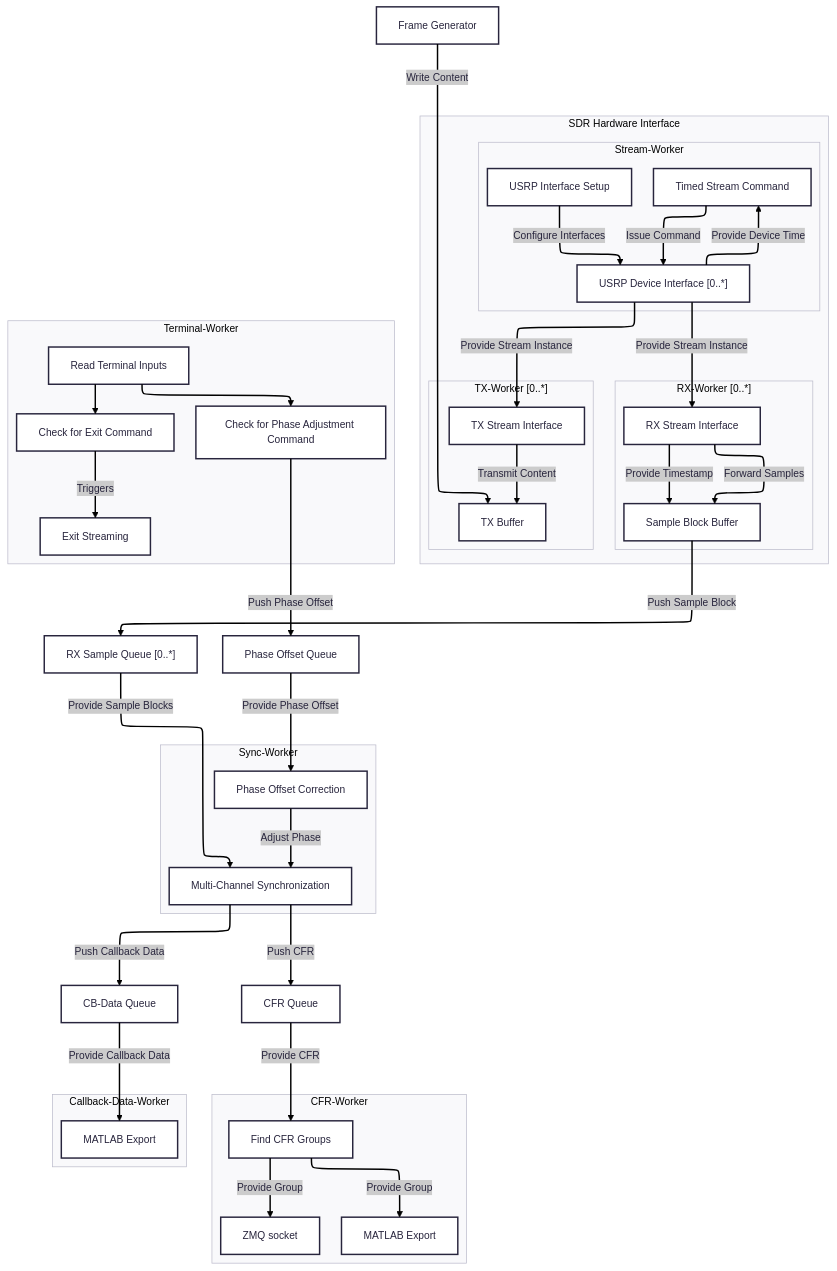
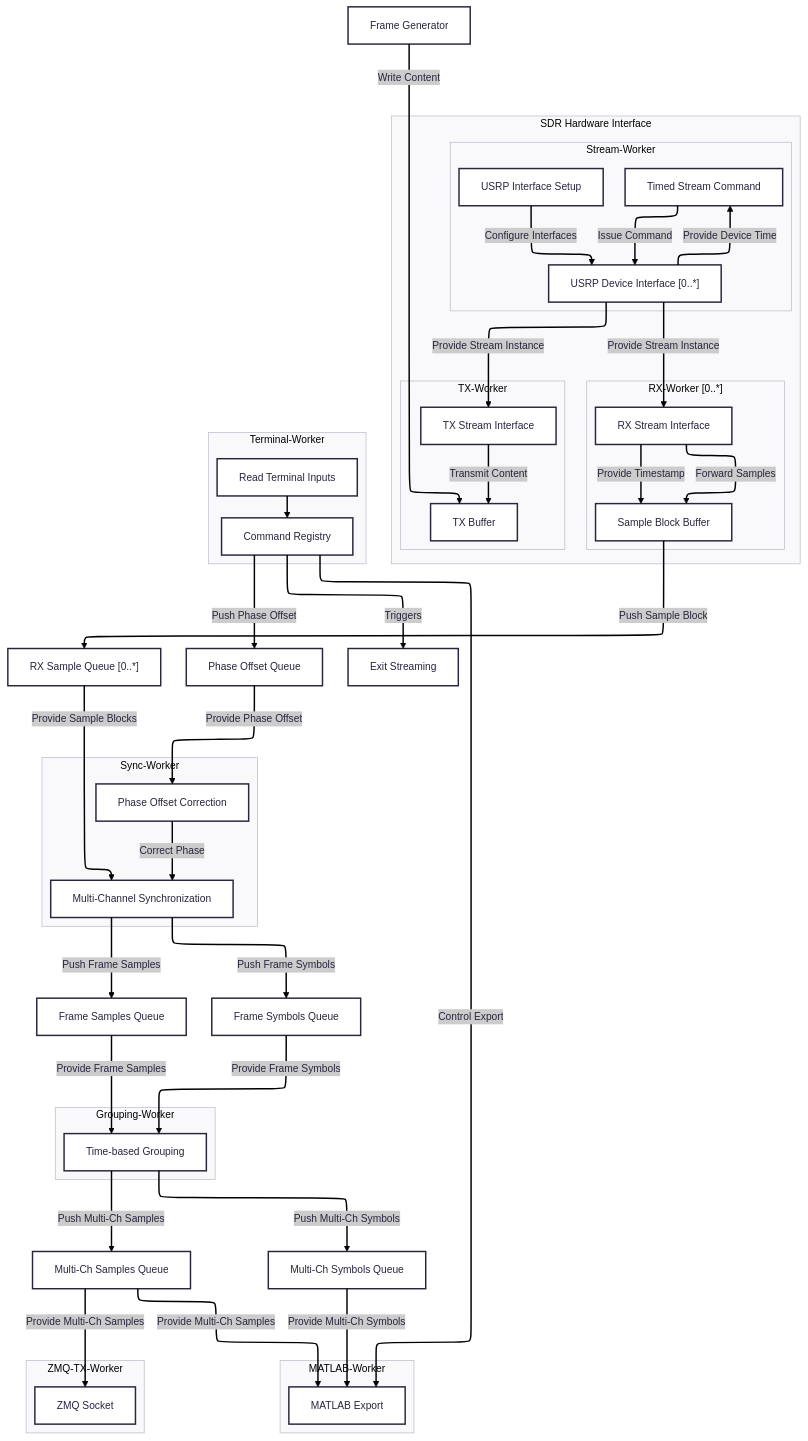
One commit to F-L-X-S/doa4rfc changed the first of 2 diagrams in README.md. Above: the diagram before and after it, drawn with Mermaid. The commit also changed other lines of this file, not shown here.

````diff
--- a/README.md
+++ b/README.md
@@ -29,64 +40,68 @@
 ```mermaid
 ---
 config:
   look: classic
   layout: elk
   theme: redux
 ---
 flowchart TD
 FrameGen["Frame Generator"]
 subgraph HardwareInterface["SDR Hardware Interface"]
  subgraph T_StreamWorker["Stream-Worker"]
         UsrpDevices["USRP Device Interface [0..*]"]
         UsrpConf["USRP Interface Setup"]
         StreamConf["Timed Stream Command"]
   end
  subgraph T_RxWorker["RX-Worker [0..*]"]
         RxStream["RX Stream Interface"]
         SampleBlock["Sample Block Buffer"]
   end
- subgraph T_TxWorker["TX-Worker [0..*]"]
+ subgraph T_TxWorker["TX-Worker"]
         TxStream["TX Stream Interface"]
         TxBuffer["TX Buffer"]
   end
 end
  subgraph T_SyncWorker["Sync-Worker"]
         MultiSync["Multi-Channel Synchronization"]
         PhiErrorCorrection["Phase Offset Correction"]
   end
- subgraph T_CfrWorker["CFR-Worker"]
-        ZmqSocket["ZMQ socket"]
-        MatlabCfrExport["MATLAB Export"]
-        FindGroups["Find CFR Groups"]
+ subgraph T_GroupingWorker["Grouping-Worker"]
+        FindGroups["Time-based Grouping"]
   end
- subgraph T_CbDataWorker["Callback-Data-Worker"]
-        MatlabCbExport["MATLAB Export"]
+ subgraph T_MatlabWorker["MATLAB-Worker"]
+        MatlabExport["MATLAB Export"]
+  end
+ subgraph T_ZmqTxWorker["ZMQ-TX-Worker"]
+        ZmqSocket["ZMQ Socket"]
   end
  subgraph T_TerminalWorker["Terminal-Worker"]
-        CheckForPhaseCmd["Check for Phase Adjustment Command"]
-        CheckForExitCmd["Check for Exit Command"]
-        Exit["Exit Streaming"]
         ReadInput["Read Terminal Inputs"]
+        CommandRegistry["Command Registry"]
   end
     UsrpConf -- Configure Interfaces ---> UsrpDevices
     UsrpDevices -- Provide Device Time --> StreamConf
     StreamConf -- Issue Command  --> UsrpDevices
     UsrpDevices -- Provide Stream Instance ---> RxStream & TxStream
     RxStream -- Forward Samples --> SampleBlock
     RxStream -- Provide Timestamp --> SampleBlock
     SampleBlock -- Push Sample Block --> RxSampleQueue["RX Sample Queue [0..*]"]
-    CheckForPhaseCmd -- Push Phase Offset ---> PhiErrorQueue["Phase Offset Queue"]
-    PhiErrorQueue -- Provide Phase Offset ---> PhiErrorCorrection
-    PhiErrorCorrection -- Adjust Phase ---> MultiSync
     RxSampleQueue -- Provide Sample Blocks ---> MultiSync
+    PhiErrorCorrection -- Correct Phase ---> MultiSync
+    MultiSync -- Push Frame Samples ---> FrameSampsQueue["Frame Samples Queue"]
+    MultiSync -- Push Frame Symbols ---> FrameSymsQueue["Frame Symbols Queue"]
+    FrameSampsQueue -- Provide Frame Samples ---> FindGroups
+    FrameSymsQueue -- Provide Frame Symbols ---> FindGroups
+    FindGroups -- Push Multi-Ch Samples ---> MultiChSampsQueue["Multi-Ch Samples Queue"]
+    FindGroups -- Push Multi-Ch Symbols ---> MultiChSymsQueue["Multi-Ch Symbols Queue"]
+    MultiChSampsQueue -- Provide Multi-Ch Samples ---> ZmqSocket
+    MultiChSampsQueue -- Provide Multi-Ch Samples ---> MatlabExport
+    MultiChSymsQueue -- Provide Multi-Ch Symbols ---> MatlabExport
     FrameGen -- Write Content ---> TxBuffer
     TxStream -- Transmit Content ---> TxBuffer
-    MultiSync -- Push Callback Data ---> CbDataQueue["CB-Data Queue"]
-    CbDataQueue -- Provide Callback Data ---> MatlabCbExport
-    MultiSync -- Push CFR ---> CfrQueue["CFR Queue"]
-    CfrQueue -- Provide CFR ---> FindGroups
-    FindGroups -- Provide Group ---> ZmqSocket & MatlabCfrExport
-    ReadInput -----> CheckForPhaseCmd & CheckForExitCmd
-    CheckForExitCmd -- Triggers ---> Exit
+    ReadInput -----> CommandRegistry
+    CommandRegistry -- Push Phase Offset ---> PhiErrorQueue["Phase Offset Queue"]
+    PhiErrorQueue -- Provide Phase Offset ---> PhiErrorCorrection
+    CommandRegistry -- Control Export ---> MatlabExport
+    CommandRegistry -- Triggers ---> Exit["Exit Streaming"]
 
 ```
````
